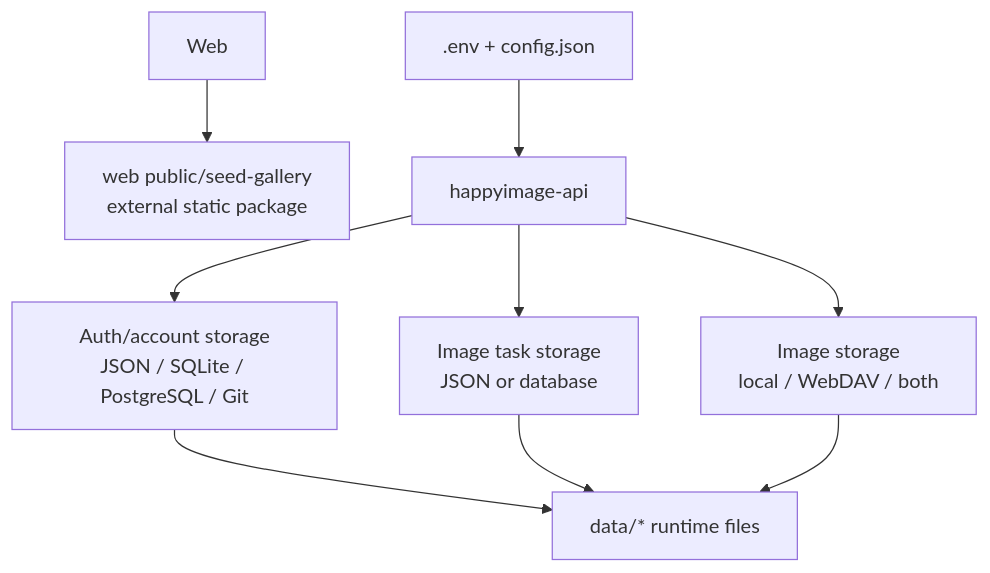
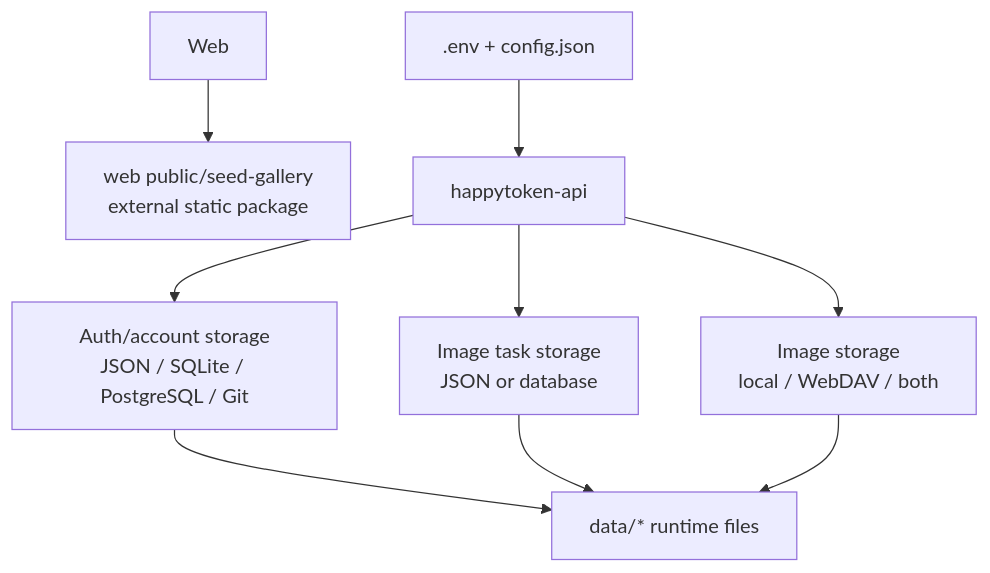
One commit to happy-token/HappyImage changed the fifth of 7 diagrams in docs/architecture.md. Above: the diagram before and after it, drawn with Mermaid. The commit also changed other lines of this file and 109 other files, not shown here.

````diff
--- a/docs/architecture.md
+++ b/docs/architecture.md
@@ -127,18 +127,18 @@
 ```mermaid
 flowchart TD
   Config[".env + config.json"]
   AuthStore["Auth/account storage<br/>JSON / SQLite / PostgreSQL / Git"]
   TaskStore["Image task storage<br/>JSON or database"]
   ImageStore["Image storage<br/>local / WebDAV / both"]
   RuntimeData["data/* runtime files"]
   SeedGallery["web public/seed-gallery<br/>external static package"]
 
-  Config --> API["happyimage-api"]
+  Config --> API["happytoken-api"]
   API --> AuthStore
   API --> TaskStore
   API --> ImageStore
   AuthStore --> RuntimeData
   TaskStore --> RuntimeData
   ImageStore --> RuntimeData
   Web --> SeedGallery
 ```
````
